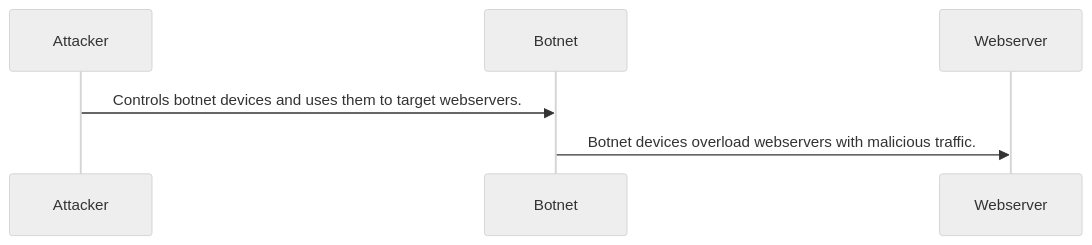
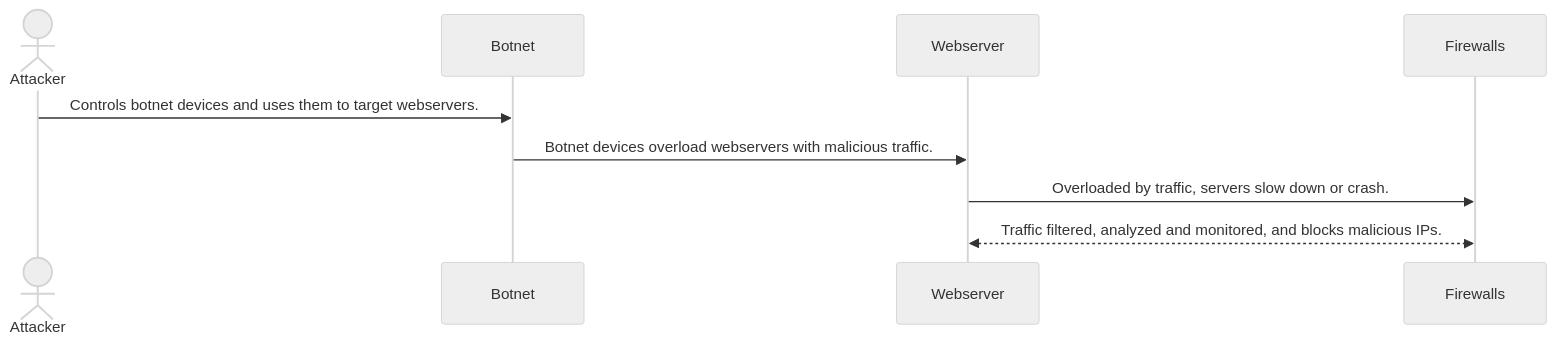
One commit to jdignam/jdignam.github.io changed the diagram in DDoS_Attack_Sequence.md. Above: the diagram before and after it, drawn with Mermaid (neutral theme). The commit also changed other lines of this file, not shown here.

First line of the commit message:
Update DDoS_Attack_Sequence.md

````diff
--- a/DDoS_Attack_Sequence.md
+++ b/DDoS_Attack_Sequence.md
@@ -1,6 +2,9 @@
 ```mermaid
 sequenceDiagram
-participant Attacker
+Actor Attacker
 Attacker->>Botnet: Controls botnet devices and uses them to target webservers.
 Botnet->>Webserver: Botnet devices overload webservers with malicious traffic.
+participant Webserver
+Webserver->>Firewalls: Overloaded by traffic, servers slow down or crash.
+Firewalls<<-->>Webserver: Traffic filtered, analyzed and monitored, and blocks malicious IPs.
 ```
````
